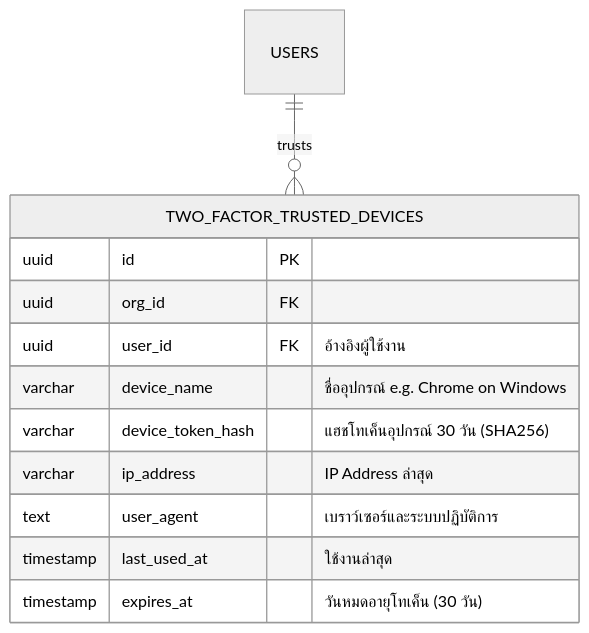
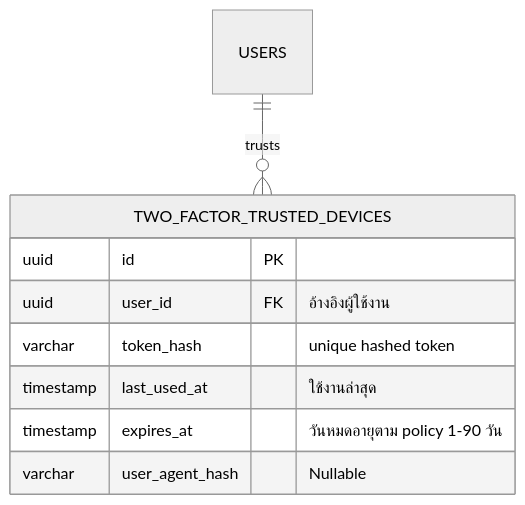
Before and after one commit to anuwatm/ERP: diagram 12 of 13 in document/DATABASE_ERD.md, drawn with Mermaid (neutral theme). The commit also changed other lines of this file and 68 other files, not shown here.

````diff
--- a/document/DATABASE_ERD.md
+++ b/document/DATABASE_ERD.md
@@ -882,16 +883,13 @@
 ```mermaid
 erDiagram
     TWO_FACTOR_TRUSTED_DEVICES {
         uuid id PK
-        uuid org_id FK
         uuid user_id FK "อ้างอิงผู้ใช้งาน"
-        varchar device_name "ชื่ออุปกรณ์ e.g. Chrome on Windows"
-        varchar device_token_hash "แฮชโทเค็นอุปกรณ์ 30 วัน (SHA256)"
-        varchar ip_address "IP Address ล่าสุด"
-        text user_agent "เบราว์เซอร์และระบบปฏิบัติการ"
+        varchar token_hash "unique hashed token"
         timestamp last_used_at "ใช้งานล่าสุด"
-        timestamp expires_at "วันหมดอายุโทเค็น (30 วัน)"
+        timestamp expires_at "วันหมดอายุตาม policy 1-90 วัน"
+        varchar user_agent_hash "Nullable"
     }
 
     USERS ||--o{ TWO_FACTOR_TRUSTED_DEVICES : "trusts"
 ```
````
